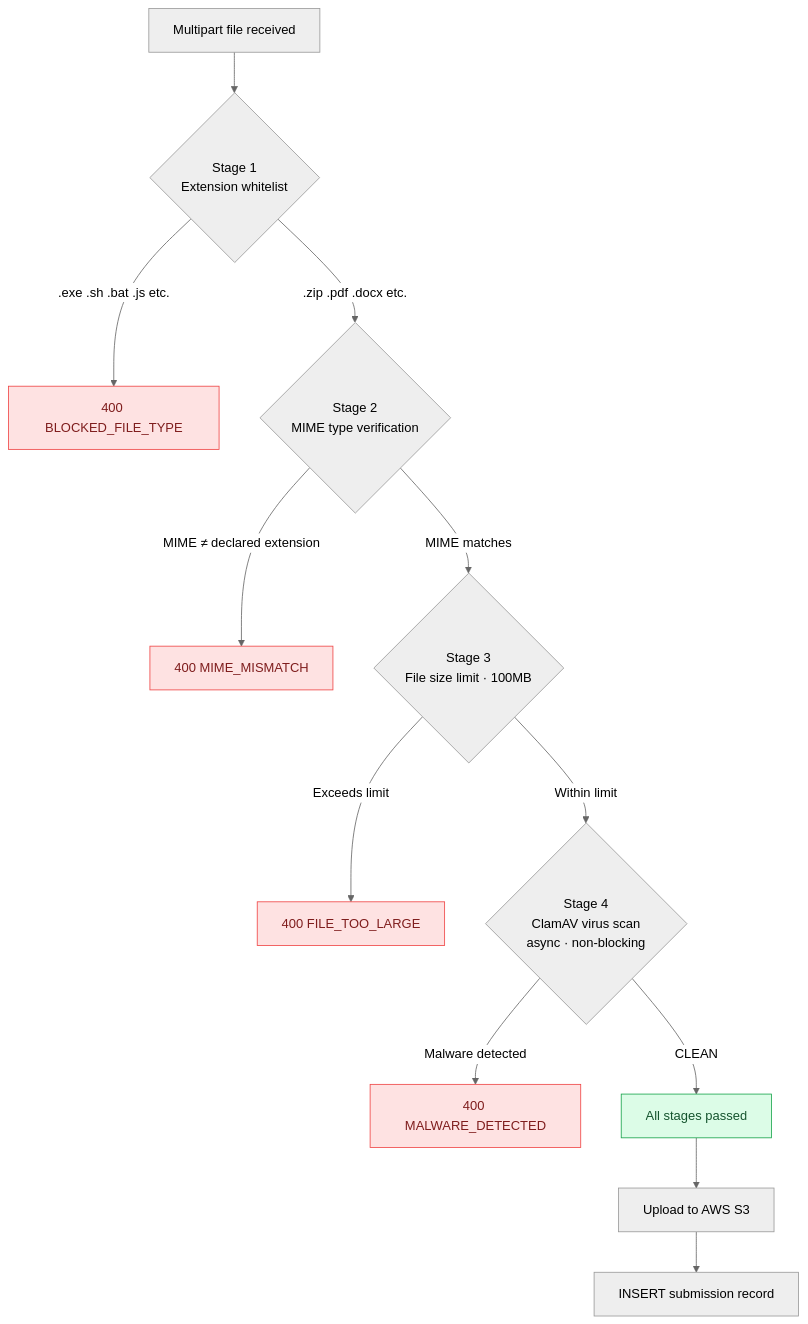
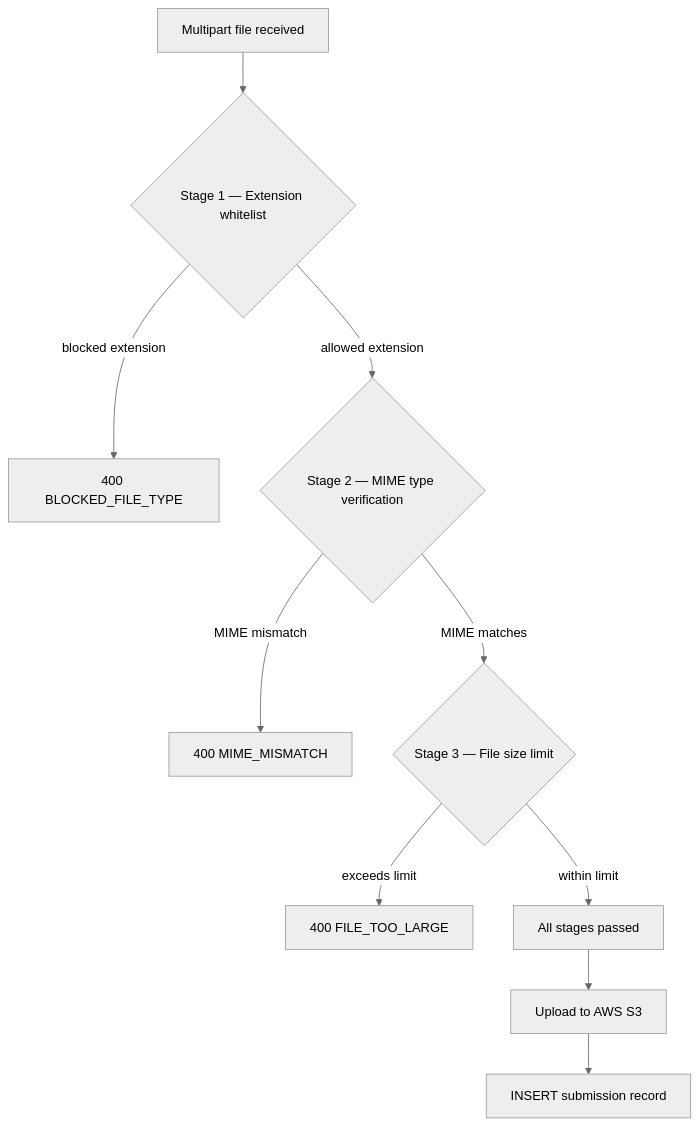
The second of 7 diagrams in ARCHITECTURE.md (olafabregas/Reviewflow), drawn with Mermaid (neutral theme) before and after one commit. The commit also changed other lines of this file, not shown here.

Commit message:
Updating the Architecture file

````diff
--- a/ARCHITECTURE.md
+++ b/ARCHITECTURE.md
@@ -103,29 +85,19 @@
 ```mermaid
 flowchart TD
     A[Multipart file received] --> B
 
-    B{Stage 1\nExtension whitelist}
-    B -->|.exe .sh .bat .js etc.| E1[400 BLOCKED_FILE_TYPE]
-    B -->|.zip .pdf .docx etc.| C
+    B{Stage 1 — Extension whitelist}
+    B -->|blocked extension| E1[400 BLOCKED_FILE_TYPE]
+    B -->|allowed extension| C
 
-    C{Stage 2\nMIME type verification}
-    C -->|MIME ≠ declared extension| E2[400 MIME_MISMATCH]
+    C{Stage 2 — MIME type verification}
+    C -->|MIME mismatch| E2[400 MIME_MISMATCH]
     C -->|MIME matches| D
 
-    D{Stage 3\nFile size limit · 100MB}
-    D -->|Exceeds limit| E3[400 FILE_TOO_LARGE]
-    D -->|Within limit| E
-
-    E{Stage 4\nClamAV virus scan\nasync · non-blocking}
-    E -->|Malware detected| E4[400 MALWARE_DETECTED]
-    E -->|CLEAN| F[All stages passed]
+    D{Stage 3 — File size limit}
+    D -->|exceeds limit| E3[400 FILE_TOO_LARGE]
+    D -->|within limit| F[All stages passed]
 
     F --> G[Upload to AWS S3]
     G --> H[INSERT submission record]
-
-    style E1 fill:#fee2e2,stroke:#ef4444,color:#7f1d1d
-    style E2 fill:#fee2e2,stroke:#ef4444,color:#7f1d1d
-    style E3 fill:#fee2e2,stroke:#ef4444,color:#7f1d1d
-    style E4 fill:#fee2e2,stroke:#ef4444,color:#7f1d1d
-    style F fill:#dcfce7,stroke:#16a34a,color:#14532d
 ```
````
